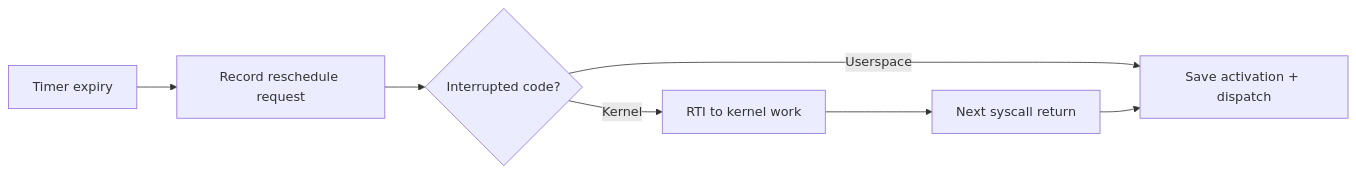
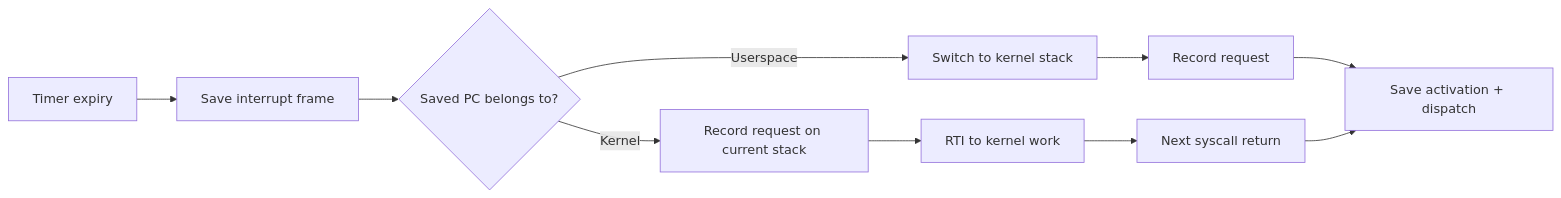
The ninth of 32 diagrams in slides.md (matthejue/Pico-OS_Presentation), drawn with Mermaid before and after one commit. The commit also changed other lines of this file and 2 other files, not shown here.

````diff
--- a/slides.md
+++ b/slides.md
@@ -1453,7 +1453,7 @@
 ```mermaid
 flowchart LR
- T["Timer expiry"] --> P["Record reschedule request"] --> Q{"Interrupted code?"}
- Q -->|Userspace| D["Save activation + dispatch"]
- Q -->|Kernel| R["RTI to kernel work"]
+ T["Timer expiry"] --> F["Save interrupt frame"] --> Q{"Saved PC belongs to?"}
+ Q -->|Userspace| S["Switch to kernel stack"] --> P["Record request"] --> D["Save activation + dispatch"]
+ Q -->|Kernel| K["Record request on current stack"] --> R["RTI to kernel work"]
  R --> B["Next syscall return"] --> D
 ```
````
